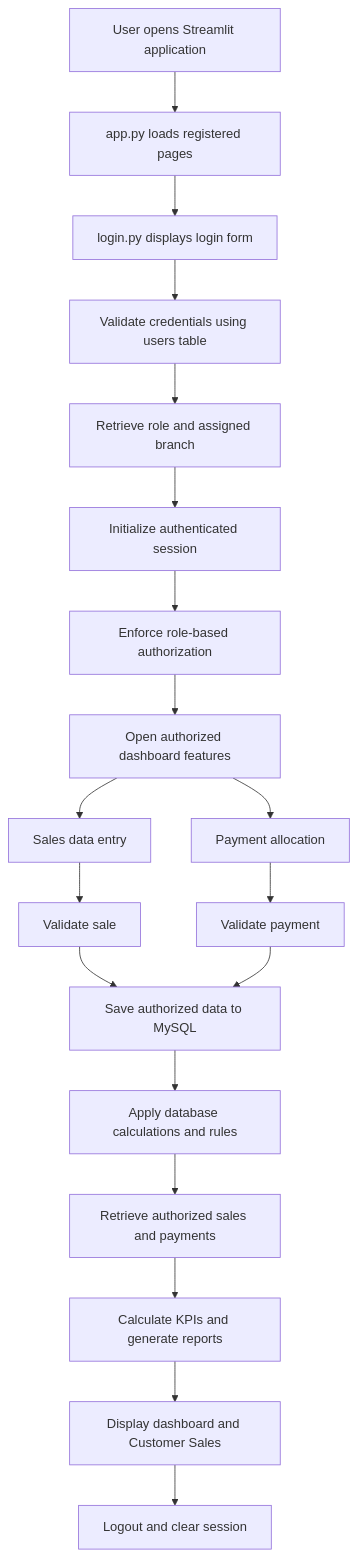
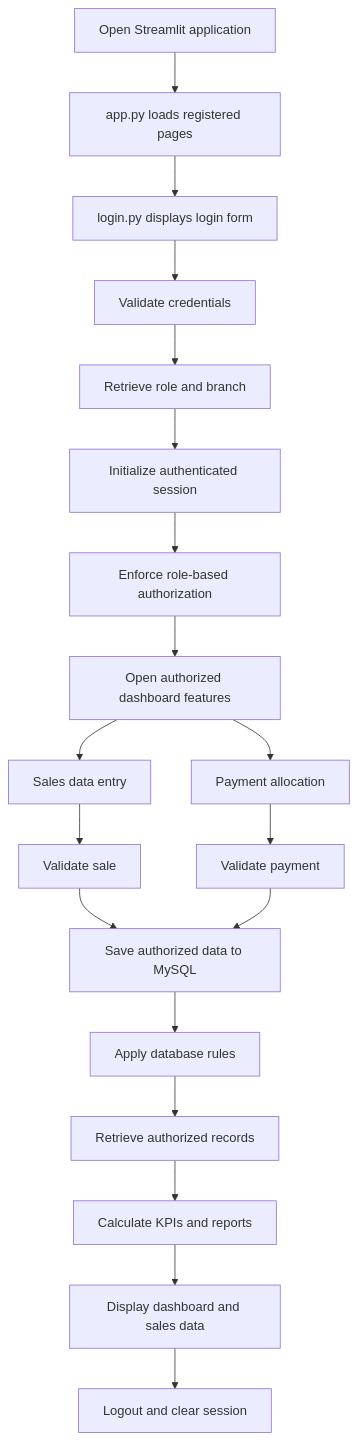
Before and after one commit to RichardSamuel97/Sales_Management_System: the third of 3 diagrams in README.md, drawn with Mermaid. The commit also changed other lines of this file, not shown here.

````diff
--- a/README.md
+++ b/README.md
@@ -269,21 +289,21 @@
 ```mermaid
 flowchart TD
-    A[User opens Streamlit application] --> B[app.py loads registered pages]
-    B --> C[login.py displays login form]
-    C --> D[Validate credentials using users table]
-    D --> E[Retrieve role and assigned branch]
-    E --> F[Initialize authenticated session]
-    F --> G[Enforce role-based authorization]
-    G --> H[Open authorized dashboard features]
-    H --> I[Sales data entry]
-    H --> J[Payment allocation]
-    I --> K[Validate sale]
-    J --> L[Validate payment]
-    K --> M[Save authorized data to MySQL]
+    A["Open Streamlit application"] --> B["app.py loads registered pages"]
+    B --> C["login.py displays login form"]
+    C --> D["Validate credentials"]
+    D --> E["Retrieve role and branch"]
+    E --> F["Initialize authenticated session"]
+    F --> G["Enforce role-based authorization"]
+    G --> H["Open authorized dashboard features"]
+    H --> I["Sales data entry"]
+    H --> J["Payment allocation"]
+    I --> K["Validate sale"]
+    J --> L["Validate payment"]
+    K --> M["Save authorized data to MySQL"]
     L --> M
-    M --> N[Apply database calculations and rules]
-    N --> O[Retrieve authorized sales and payments]
-    O --> P[Calculate KPIs and generate reports]
-    P --> Q[Display dashboard and Customer Sales]
-    Q --> R[Logout and clear session]
+    M --> N["Apply database rules"]
+    N --> O["Retrieve authorized records"]
+    O --> P["Calculate KPIs and reports"]
+    P --> Q["Display dashboard and sales data"]
+    Q --> R["Logout and clear session"]
 ```
````
